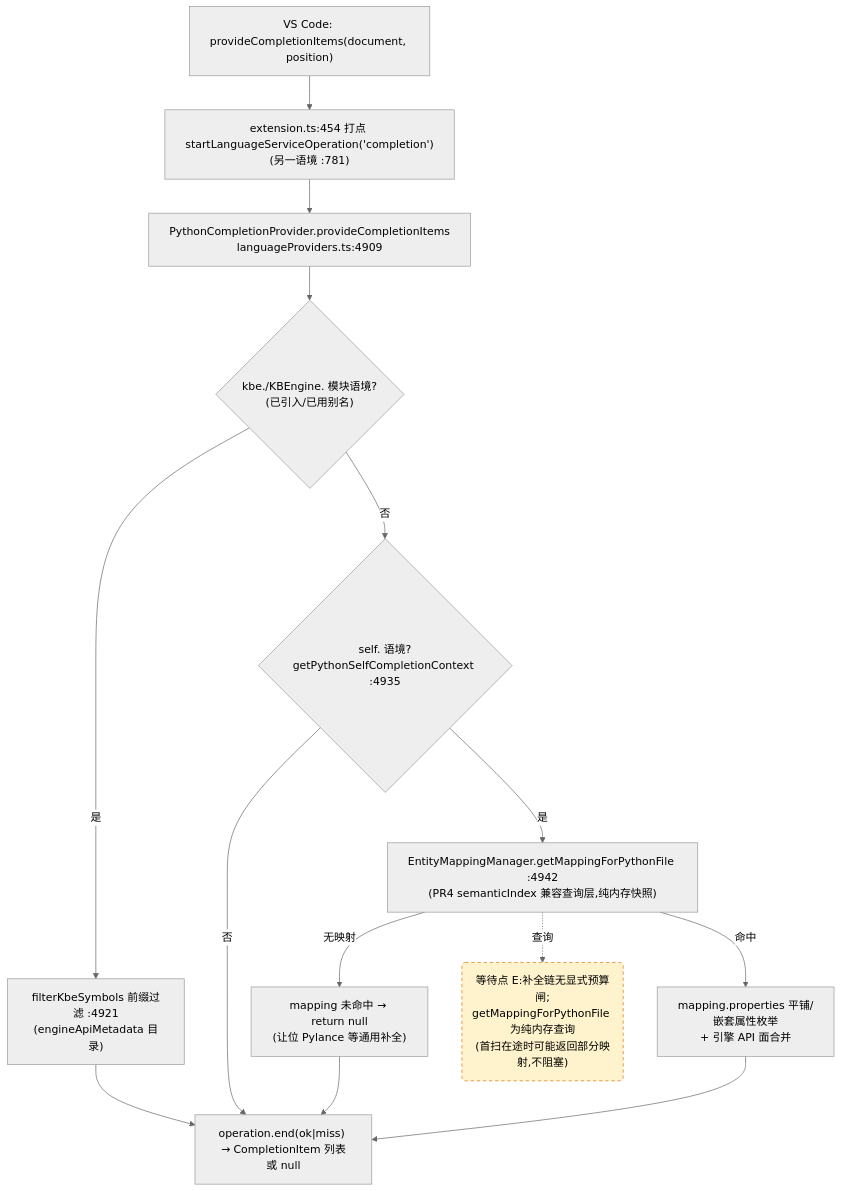
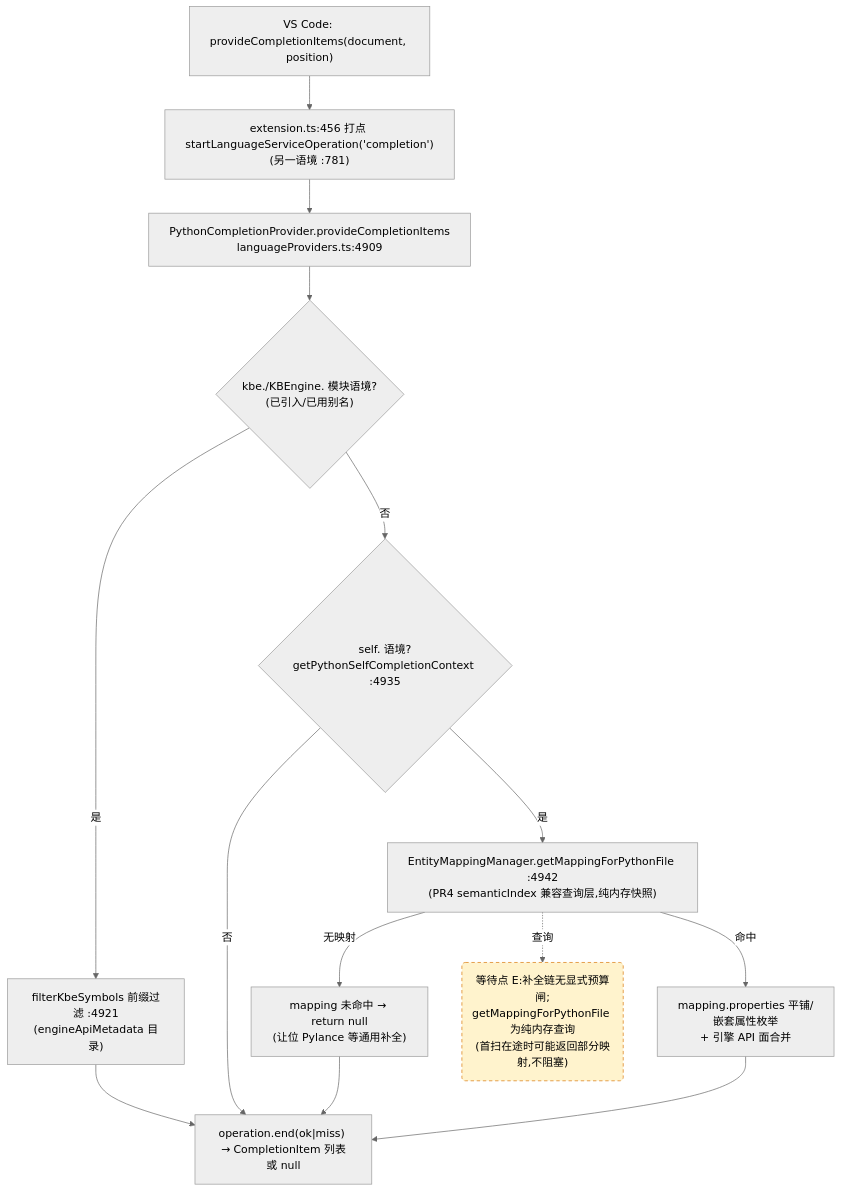
One commit to cuihairu/kode changed the third of 4 diagrams in docs/perf/2026-baseline.md. Above: the diagram before and after it, drawn with Mermaid (neutral theme). The commit also changed other lines of this file and 14 other files, not shown here.

````diff
--- a/docs/perf/2026-baseline.md
+++ b/docs/perf/2026-baseline.md
@@ -182,27 +182,27 @@
 ```mermaid
 flowchart TD
   VC3["VS Code: provideCompletionItems(document, position)"]
-  M3["extension.ts:454 打点 startLanguageServiceOperation('completion')<br/>(另一语境 :781)"]
+  M3["extension.ts:456 打点 startLanguageServiceOperation('completion')<br/>(另一语境 :781)"]
   CP["PythonCompletionProvider.provideCompletionItems<br/>languageProviders.ts:4909"]
   KBEC{"kbe./KBEngine. 模块语境?<br/>(已引入/已用别名)"}
   FILTER["filterKbeSymbols 前缀过滤 :4921<br/>(engineApiMetadata 目录)"]
   SELFC{"self. 语境?<br/>getPythonSelfCompletionContext :4935"}
   MAP["EntityMappingManager.getMappingForPythonFile :4942<br/>(PR4 semanticIndex 兼容查询层,纯内存快照)"]
   NOMAP["mapping 未命中 → return null<br/>(让位 Pylance 等通用补全)"]
   PROPS["mapping.properties 平铺/嵌套属性枚举<br/>+ 引擎 API 面合并"]
   END3["operation.end(ok|miss) → CompletionItem 列表或 null"]
 
   VC3 --> M3 --> CP --> KBEC
   KBEC -- "是" --> FILTER --> END3
   KBEC -- "否" --> SELFC
   SELFC -- "否" --> END3
   SELFC -- "是" --> MAP
   MAP -- "无映射" --> NOMAP --> END3
   MAP -- "命中" --> PROPS --> END3
 
   WAITE("等待点 E:补全链无显式预算闸;<br/>getMappingForPythonFile 为纯内存查询<br/>(首扫在途时可能返回部分映射,不阻塞)")
   MAP -.->|查询| WAITE
 
   classDef waitPoint fill:#fff3cd,stroke:#d97706,stroke-dasharray:5 4;
   class WAITE waitPoint;
 ```
````
